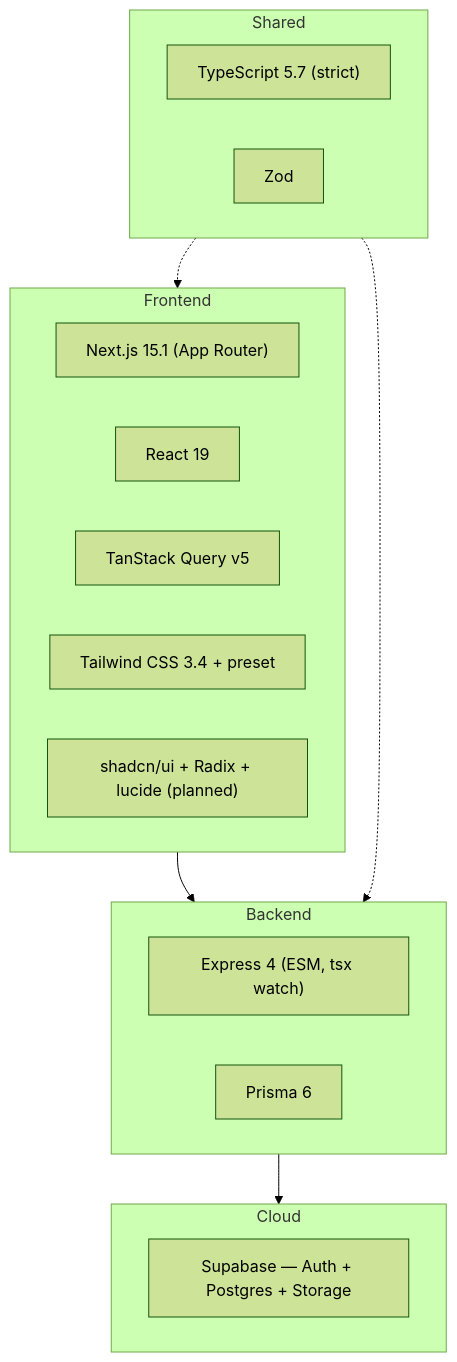
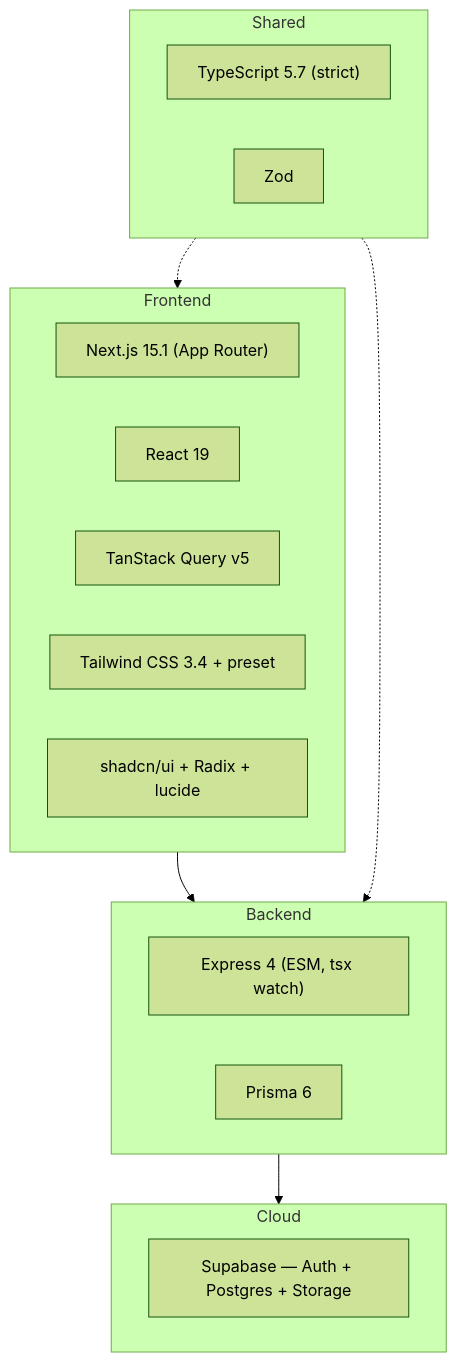
The first of 2 diagrams in docs/architecture/00-overview/tech-stack.md (unicord26/invoxia), drawn with Mermaid (forest theme) before and after one commit. The commit also changed other lines of this file and 7 other files, not shown here.

First line of the commit message:
docs: refresh architecture docs for M1 completion and Phase 12 offline sync

````diff
--- a/docs/architecture/00-overview/tech-stack.md
+++ b/docs/architecture/00-overview/tech-stack.md
@@ -7,23 +7,23 @@
 ```mermaid
 flowchart TB
   subgraph Frontend
     N["Next.js 15.1 (App Router)"]
     R["React 19"]
     TQ["TanStack Query v5"]
     TW["Tailwind CSS 3.4 + preset"]
-    SH["shadcn/ui + Radix + lucide (planned)"]
+    SH["shadcn/ui + Radix + lucide"]
   end
   subgraph Backend
     EX["Express 4 (ESM, tsx watch)"]
     PR["Prisma 6"]
   end
   subgraph Cloud
     SB["Supabase — Auth + Postgres + Storage"]
   end
   subgraph Shared
     TS["TypeScript 5.7 (strict)"]
     Z["Zod"]
   end
   Frontend --> Backend --> Cloud
   Shared -.-> Frontend & Backend
 ```
````
